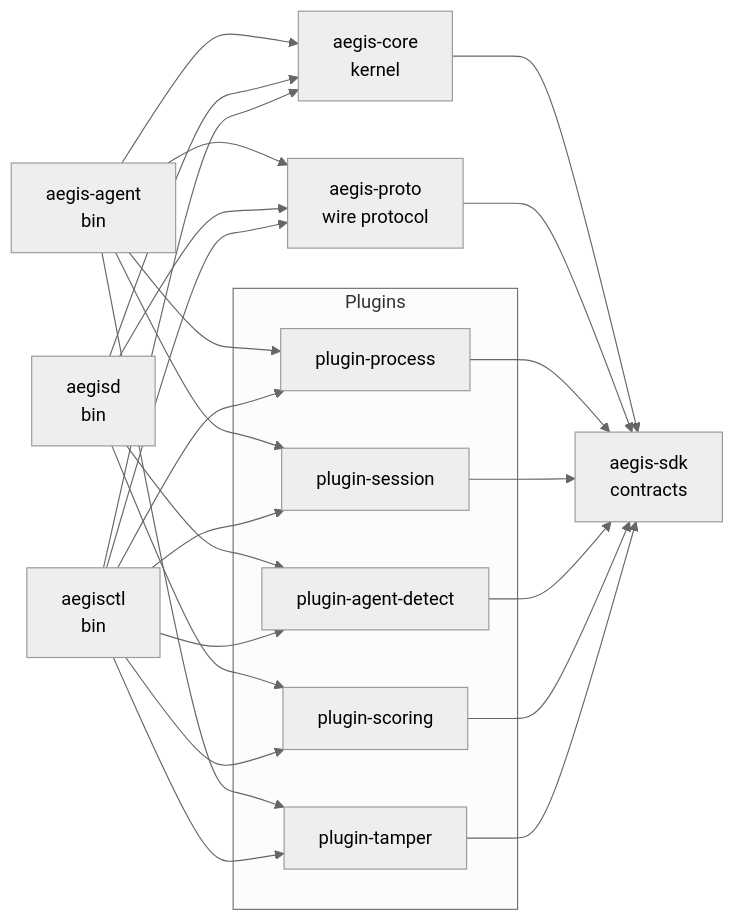
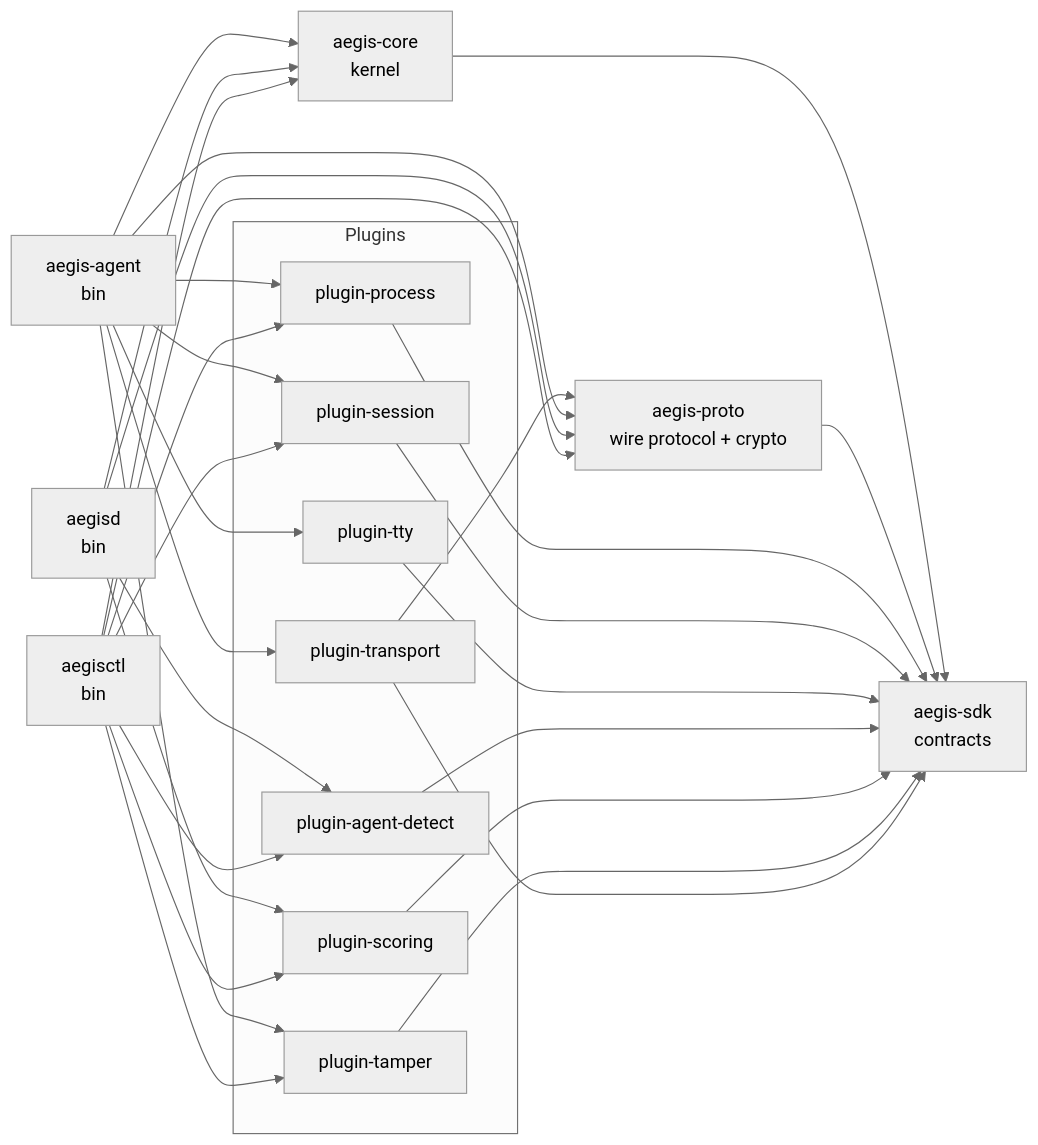
One commit to AnthonyHerman/insider-threat-profiling changed the first of 9 diagrams in docs/ARCHITECTURE.md. Above: the diagram before and after it, drawn with Mermaid (neutral theme). The commit also changed other lines of this file and 7 other files, not shown here.

````diff
--- a/docs/ARCHITECTURE.md
+++ b/docs/ARCHITECTURE.md
@@ -86,46 +99,53 @@
 ```mermaid
 graph LR
   subgraph Plugins
     PP[plugin-process]
     PS[plugin-session]
+    PTTY[plugin-tty]
     PAD[plugin-agent-detect]
     PSC[plugin-scoring]
     PT[plugin-tamper]
+    PTR[plugin-transport]
   end
 
   SDK[aegis-sdk\ncontracts]
   CORE[aegis-core\nkernel]
-  PROTO[aegis-proto\nwire protocol]
+  PROTO[aegis-proto\nwire protocol + crypto]
 
   AGENT[aegis-agent\nbin]
   SERVER[aegisd\nbin]
   CLI[aegisctl\nbin]
 
   CORE --> SDK
   PROTO --> SDK
 
   PP --> SDK
   PS --> SDK
+  PTTY --> SDK
   PAD --> SDK
   PSC --> SDK
   PT --> SDK
+  PTR --> SDK
+  PTR --> PROTO
 
   AGENT --> CORE
   AGENT --> PROTO
   AGENT --> PP
   AGENT --> PS
+  AGENT --> PTTY
   AGENT --> PT
+  AGENT --> PTR
 
   SERVER --> CORE
   SERVER --> PROTO
   SERVER --> PAD
   SERVER --> PSC
 
   CLI --> CORE
   CLI --> PROTO
   CLI --> PP
   CLI --> PS
   CLI --> PAD
   CLI --> PSC
   CLI --> PT
 ```
````
